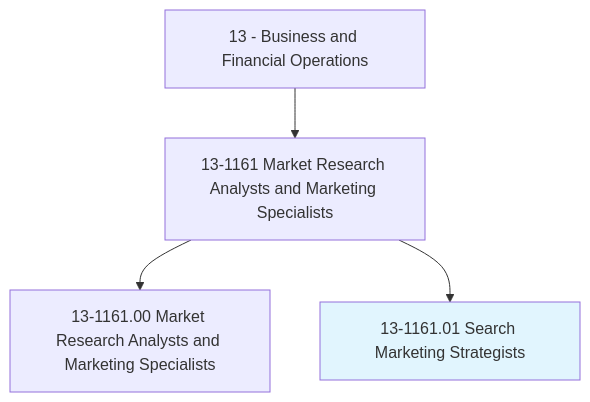
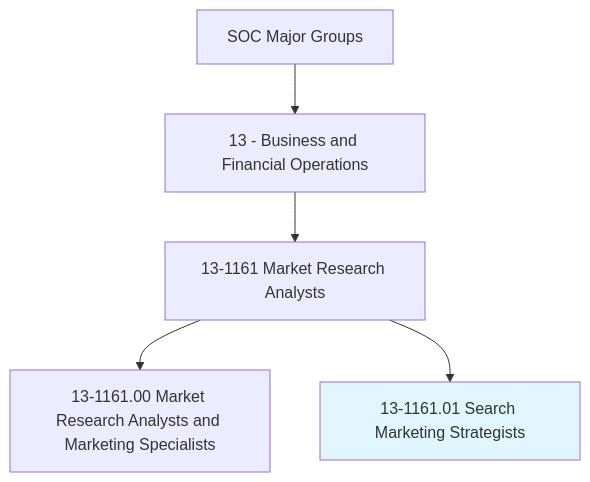
Before and after one commit to kziemski/business.org.ai: the first of 4 diagrams in occupations/Business/SearchMarketingStrategists.mdx, drawn with Mermaid. The commit also changed other lines of this file and 938 other files, not shown here.

````diff
--- a/occupations/Business/SearchMarketingStrategists.mdx
+++ b/occupations/Business/SearchMarketingStrategists.mdx
@@ -19,7 +25,8 @@
 ```mermaid
 graph TD
-    Cat13["13 - Business and Financial Operations"] --> Group131161["13-1161 Market Research Analysts and Marketing Specialists"]
-    Group131161 --> Base["13-1161.00 Market Research Analysts and Marketing Specialists"]
-    Group131161 --> Current["13-1161.01 Search Marketing Strategists"]
+    SOC["SOC Major Groups"] --> Cat13["13 - Business and Financial Operations"]
+    Cat13 --> G131161["13-1161 Market Research Analysts"]
+    G131161 --> Base["13-1161.00 Market Research Analysts and Marketing Specialists"]
+    G131161 --> Current["13-1161.01 Search Marketing Strategists"]
     style Current fill:#e1f5fe
 ```
````
